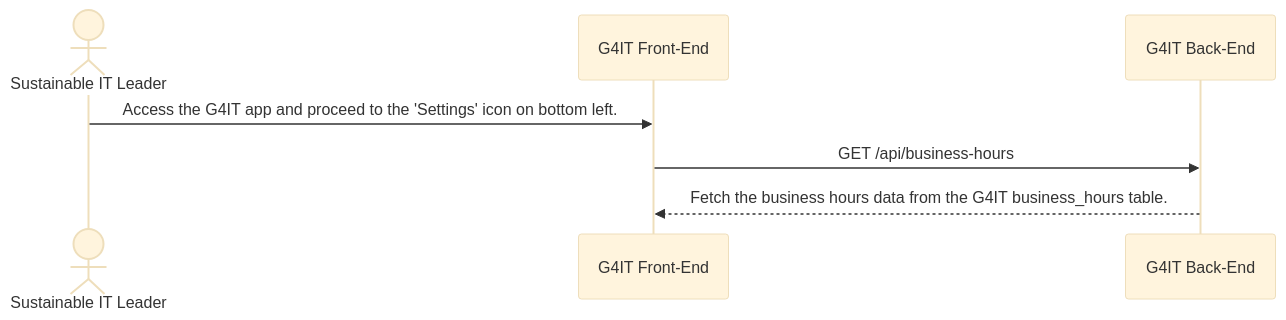
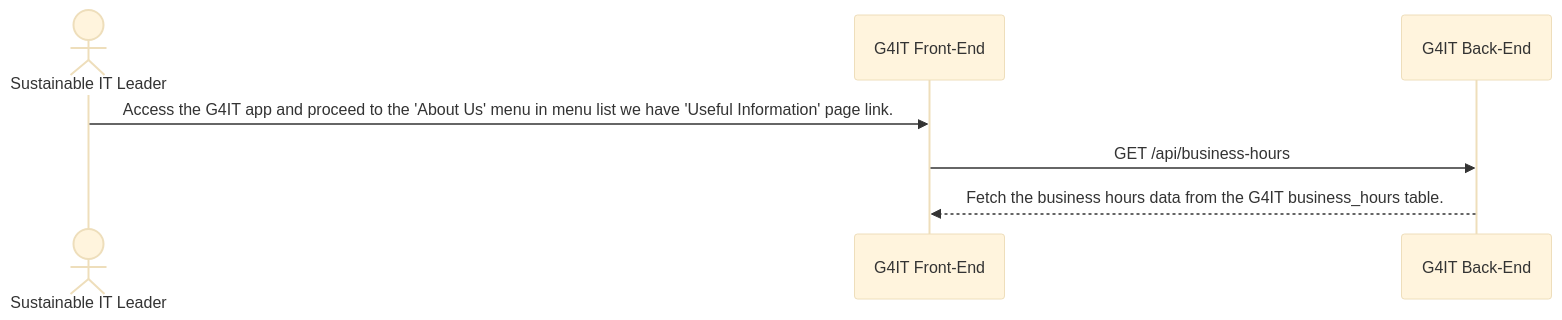
Before and after one commit to teamg4it/g4it: the diagram in services/documentation/content/2-functional-documentation/use_cases/uc_navigation_menu/uc2_header/uc21_about_G4IT.md, drawn with Mermaid (base theme). The commit also changed other lines of this file and 1 other file, not shown here.

Commit message:
feat(1029): header information page updated

```diff
--- a/services/documentation/content/2-functional-documentation/use_cases/uc_navigation_menu/uc2_header/uc21_about_G4IT.md
+++ b/services/documentation/content/2-functional-documentation/use_cases/uc_navigation_menu/uc2_header/uc21_about_G4IT.md
@@ -48,11 +48,11 @@
 {{< mermaid >}}
 sequenceDiagram
 actor RND as Sustainable IT Leader
 participant front as G4IT Front-End
 participant back as G4IT Back-End
 
-RND ->> front: Access the G4IT app and proceed to the 'Settings' icon on bottom left.
+RND ->> front: Access the G4IT app and proceed to the 'About Us' menu in menu list we have 'Useful Information' page link.
 front ->> back: GET /api/business-hours
 back -->> front: Fetch the business hours data from the G4IT business_hours table.
 
 {{< /mermaid >}}
```
